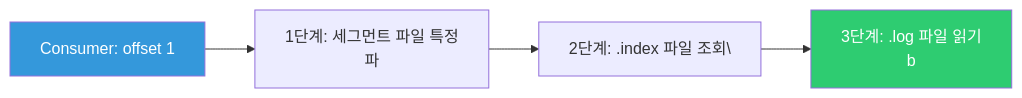
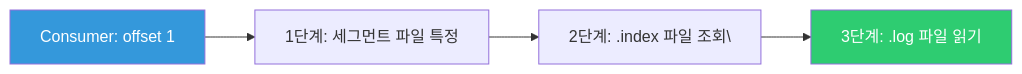
The third of 8 diagrams in _posts/kafka/2026-05-01-kafka-broker-deep.md (yjkim2015/yjkim2015.github.io), drawn with Mermaid before and after one commit. The commit also changed 217 other files, not shown here.

First line of the commit message:
Mermaid 크기 수정: useMaxWidth:true + SVG max-width:100% + 라벨 축소

````diff
--- a/_posts/kafka/2026-05-01-kafka-broker-deep.md
+++ b/_posts/kafka/2026-05-01-kafka-broker-deep.md
@@ -91,10 +91,10 @@
 ```mermaid
 flowchart LR
     REQ["Consumer: offset 1"]
-    S1["1단계: 세그먼트 파일 특정\n파"]
+    S1["1단계: 세그먼트 파일 특정"]
     S2["2단계: .index 파일 조회\"]
-    S3["3단계: .log 파일 읽기\nb"]
+    S3["3단계: .log 파일 읽기"]
     REQ --> S1 --> S2 --> S3
     style REQ fill:#3498db,color:#fff
     style S3 fill:#2ecc71,color:#fff
 ```
````
